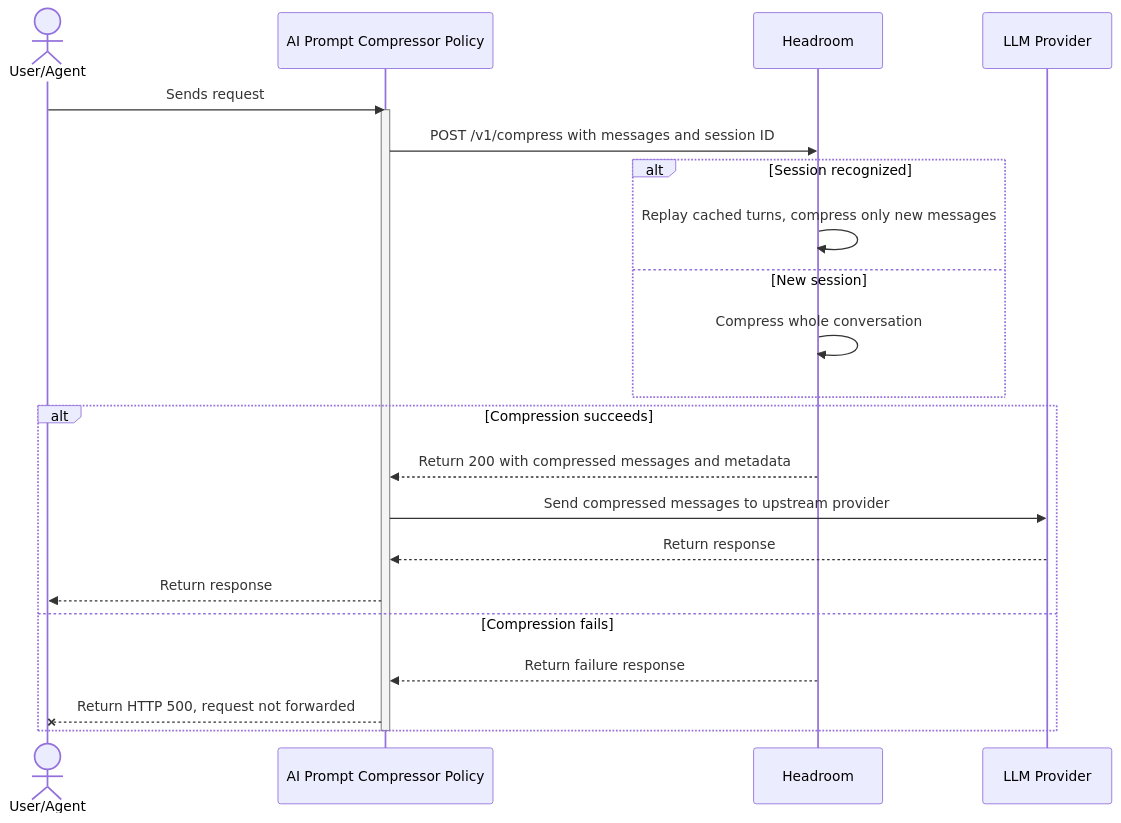
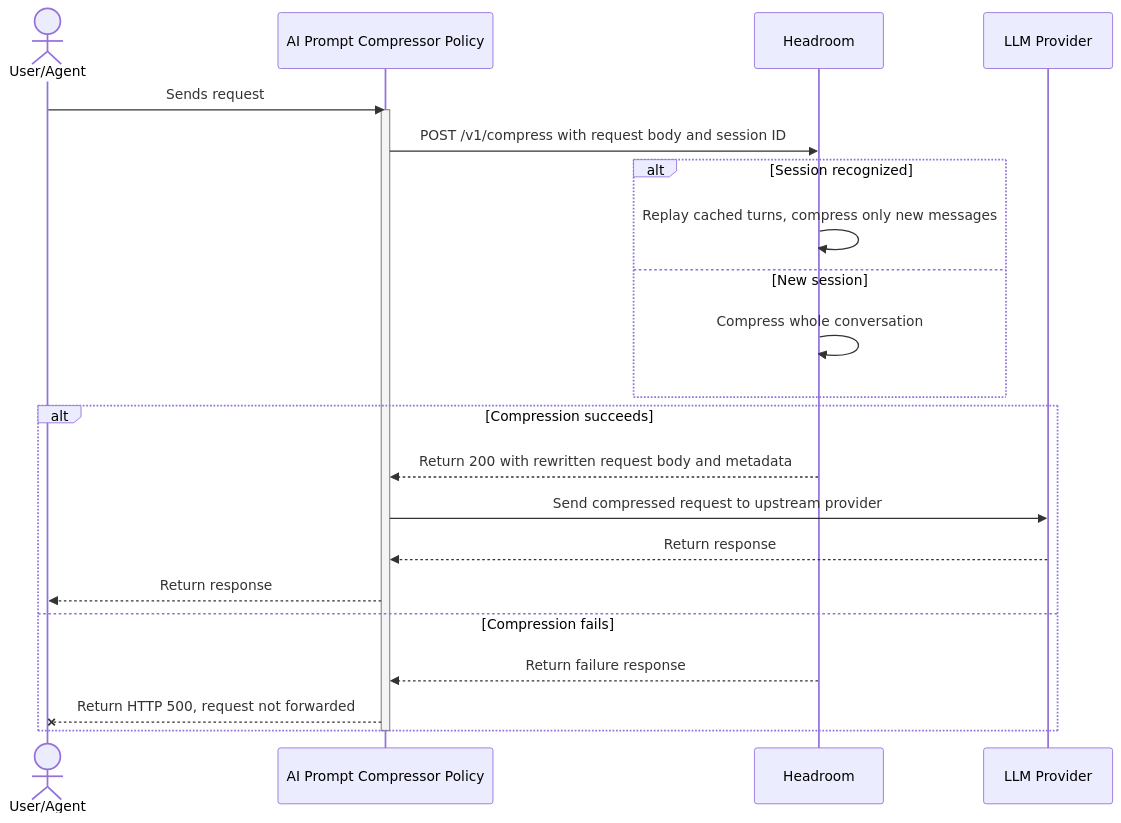
The second of 3 diagrams in app/_ai_gateway_policies/ai-prompt-compressor/index.md (Kong/developer.konghq.com), drawn with Mermaid before and after one commit. The commit also changed other lines of this file, not shown here.

```diff
--- a/app/_ai_gateway_policies/ai-prompt-compressor/index.md
+++ b/app/_ai_gateway_policies/ai-prompt-compressor/index.md
@@ -266,28 +287,28 @@
 {% mermaid %}
 sequenceDiagram
     actor User as User/Agent
     participant KongAICompressor as AI Prompt Compressor Policy
     participant Headroom
     participant LLM as LLM Provider
 
     User->>KongAICompressor: Sends request
     activate KongAICompressor
-    KongAICompressor->>Headroom: POST /v1/compress with messages and session ID
+    KongAICompressor->>Headroom: POST /v1/compress with request body and session ID
 
     alt Session recognized
         Headroom->>Headroom: Replay cached turns, compress only new messages
     else New session
         Headroom->>Headroom: Compress whole conversation
     end
 
     alt Compression succeeds
-        Headroom-->>KongAICompressor: Return 200 with compressed messages and metadata
-        KongAICompressor->>LLM: Send compressed messages to upstream provider
+        Headroom-->>KongAICompressor: Return 200 with rewritten request body and metadata
+        KongAICompressor->>LLM: Send compressed request to upstream provider
         LLM-->>KongAICompressor: Return response
         KongAICompressor-->>User: Return response
     else Compression fails
         Headroom-->>KongAICompressor: Return failure response
         KongAICompressor--xUser: Return HTTP 500, request not forwarded
     end
     deactivate KongAICompressor
 {% endmermaid %}
```
